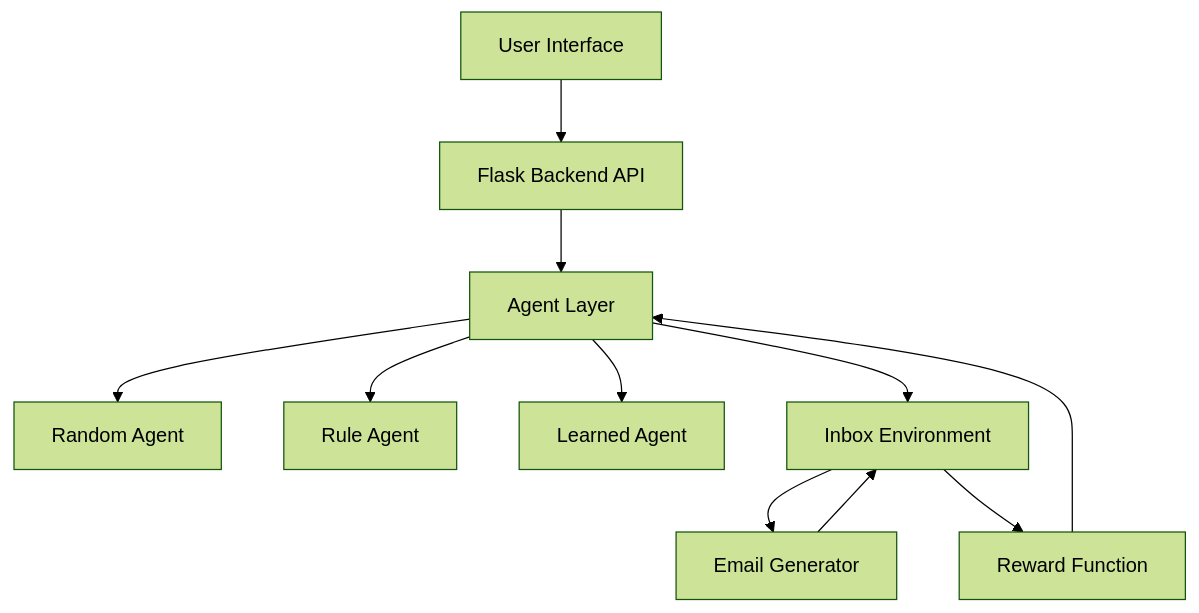
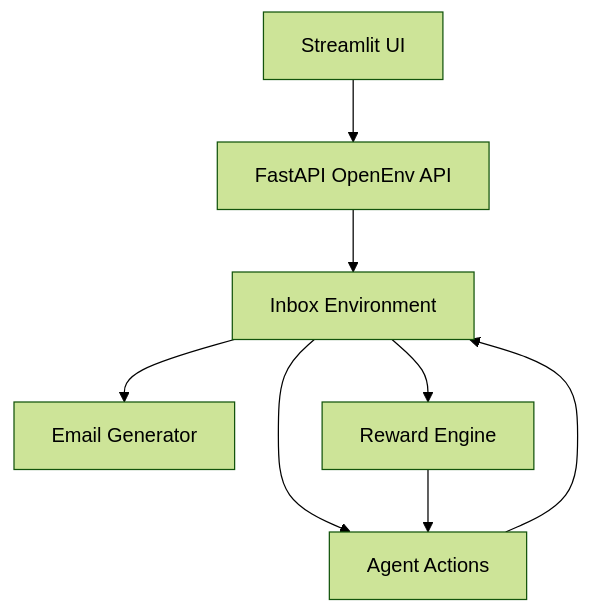
Before and after one commit to hasinivanarasa8-arch/email-declutter: the first of 2 diagrams in README.md, drawn with Mermaid (forest theme). The commit also changed other lines of this file, not shown here.

First line of the commit message:
Integrate Email Declutter OpenEnv project into README

````diff
--- a/README.md
+++ b/README.md
@@ -56,17 +38,10 @@
 ```mermaid
 flowchart TD
-    UI[User Interface] --> API[Flask Backend API]
-
-    API --> AGENTS[Agent Layer]
-    AGENTS --> R[Random Agent]
-    AGENTS --> RL[Rule Agent]
-    AGENTS --> L[Learned Agent]
-
-    AGENTS --> ENV[Inbox Environment]
-
+    UI[Streamlit UI] --> API[FastAPI OpenEnv API]
+    API --> ENV[Inbox Environment]
     ENV --> GEN[Email Generator]
-    ENV --> REWARD[Reward Function]
-
-    REWARD --> AGENTS
-    GEN --> ENV
+    ENV --> REWARD[Reward Engine]
+    ENV --> AGENT[Agent Actions]
+    AGENT --> ENV
+    REWARD --> AGENT
 ```
````
